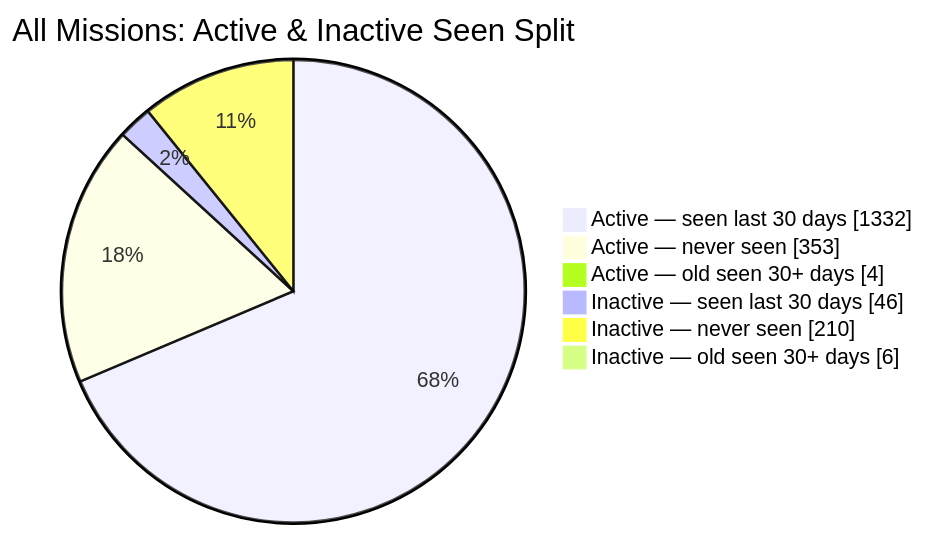
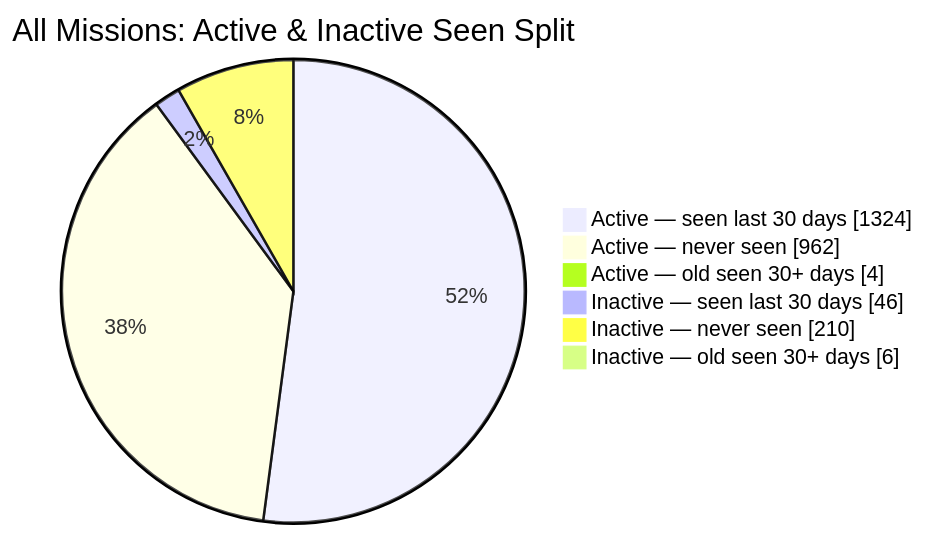
One commit to MeldkamerspelGameTeam/active-missions changed the second of 2 diagrams in README.md. Above: the diagram before and after it, drawn with Mermaid. The commit also changed other lines of this file and 4 other files, not shown here.

````diff
--- a/README.md
+++ b/README.md
@@ -44,10 +44,10 @@
 ```mermaid
 pie showData
     title All Missions: Active & Inactive Seen Split
-    "Active — seen last 30 days" : 1332
-    "Active — never seen" : 353
+    "Active — seen last 30 days" : 1324
+    "Active — never seen" : 962
     "Active — old seen 30+ days" : 4
     "Inactive — seen last 30 days" : 46
     "Inactive — never seen" : 210
     "Inactive — old seen 30+ days" : 6
 ```
````
